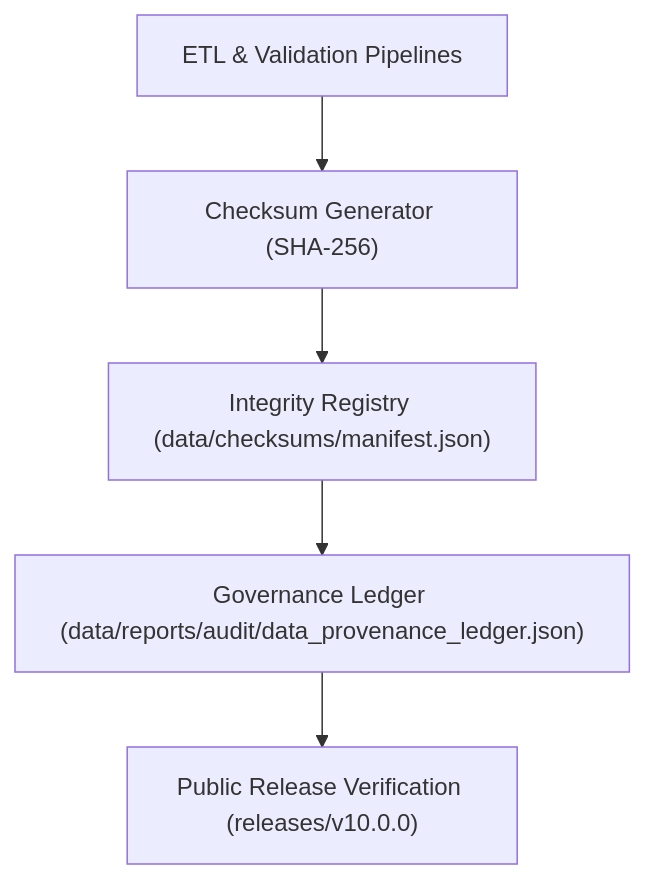
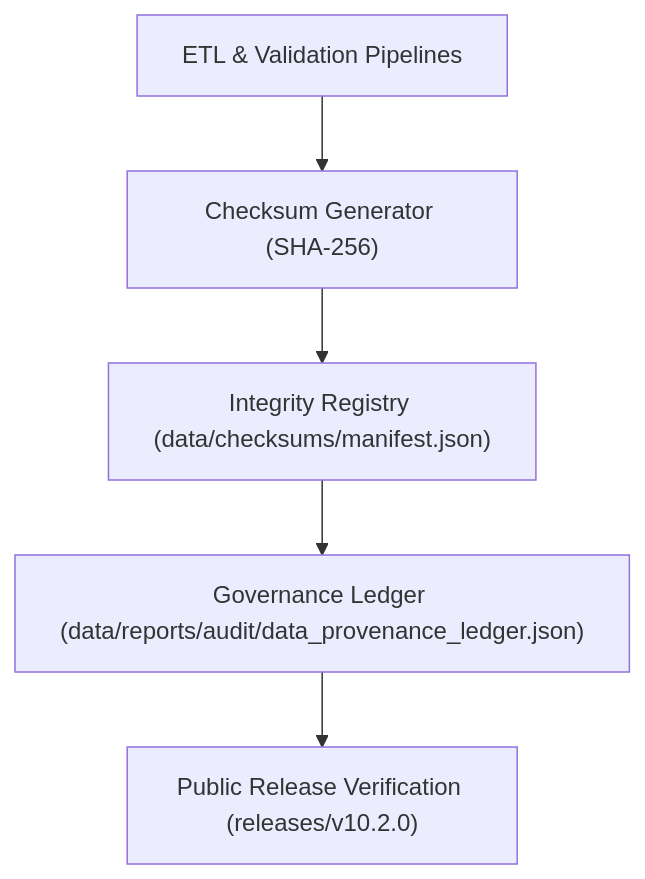
The diagram in data/checksums/README.md (bartytime4life/Kansas-Frontier-Matrix), drawn with Mermaid before and after one commit. The commit also changed other lines of this file, not shown here.

````diff
--- a/data/checksums/README.md
+++ b/data/checksums/README.md
@@ -50,7 +51,7 @@
 ```mermaid
 flowchart TD
-    A["ETL & Validation Pipelines"] --> B["Checksum Generator (SHA-256)"]
-    B --> C["Integrity Registry (data/checksums/manifest.json)"]
-    C --> D["Governance Ledger (data/reports/audit/data_provenance_ledger.json)"]
-    D --> E["Public Release Verification (releases/v10.0.0)"]
+    ETL["ETL & Validation Pipelines"] --> GEN["Checksum Generator (SHA-256)"]
+    GEN --> REG["Integrity Registry (data/checksums/manifest.json)"]
+    REG --> LED["Governance Ledger (data/reports/audit/data_provenance_ledger.json)"]
+    LED --> REL["Public Release Verification (releases/v10.2.0)"]
 ```
````
